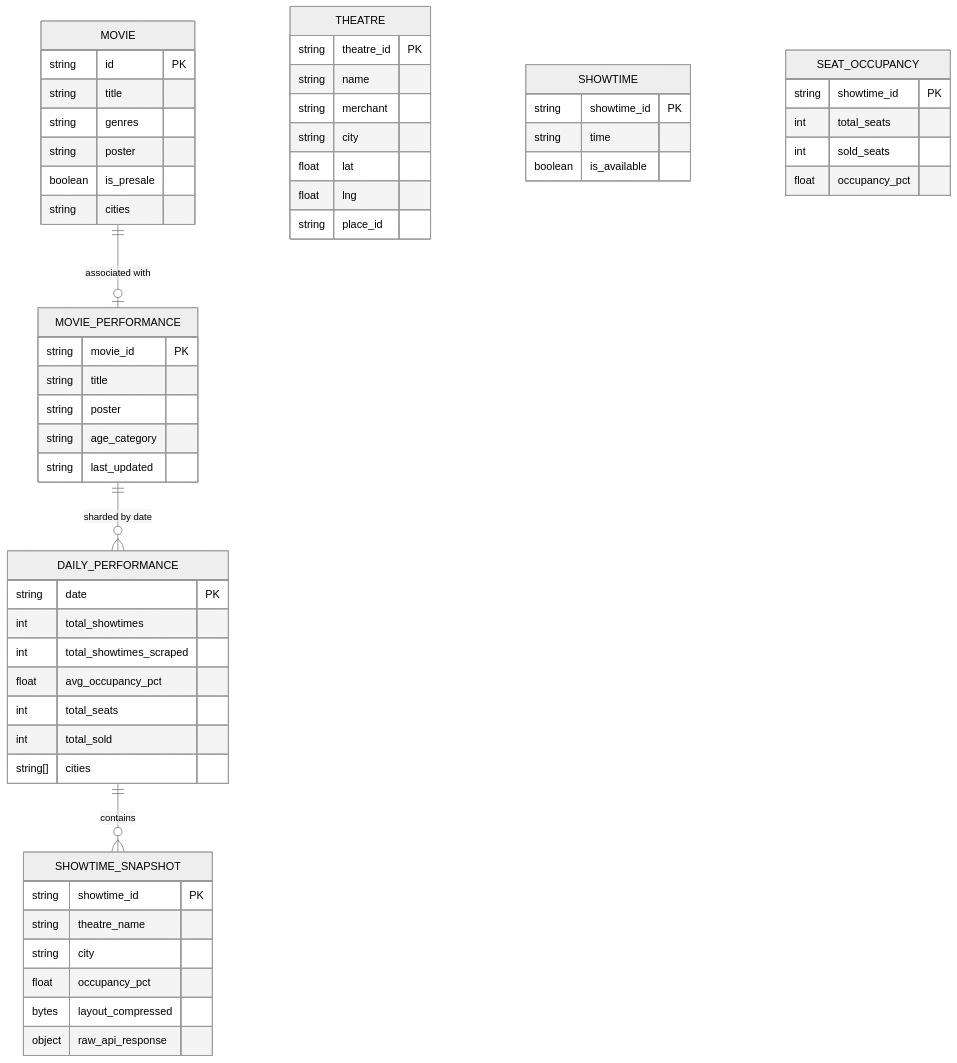
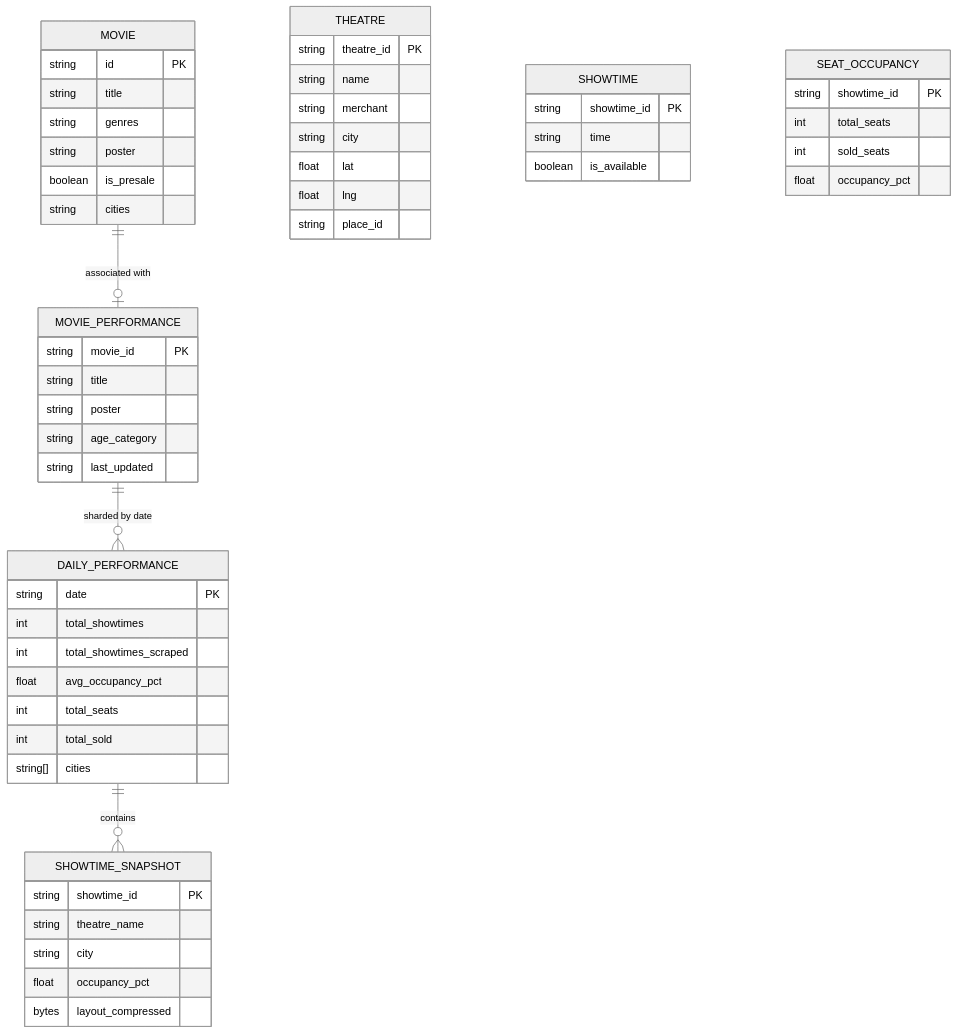
One commit to okihita/CineRadar changed the third of 4 diagrams in docs/system/01_architecture.md. Above: the diagram before and after it, drawn with Mermaid (neutral theme). The commit also changed 5 other files, not shown here.

Commit message:
feat(functions): trim uncompressed raw_api_response from showtime snapshots

````diff
--- a/docs/system/01_architecture.md
+++ b/docs/system/01_architecture.md
@@ -185,65 +185,64 @@
 ```mermaid
 erDiagram
     MOVIE ||--o| MOVIE_PERFORMANCE : "associated with"
     MOVIE_PERFORMANCE ||--o{ DAILY_PERFORMANCE : "sharded by date"
     DAILY_PERFORMANCE ||--o{ SHOWTIME_SNAPSHOT : "contains"
     
     MOVIE {
         string id PK
         string title
         string genres
         string poster
         boolean is_presale
         string cities
     }
     
     THEATRE {
         string theatre_id PK
         string name
         string merchant
         string city
         float lat
         float lng
         string place_id
     }
     
     SHOWTIME {
         string showtime_id PK
         string time
         boolean is_available
     }
     
     SEAT_OCCUPANCY {
         string showtime_id PK
         int total_seats
         int sold_seats
         float occupancy_pct
     }
     
     MOVIE_PERFORMANCE {
         string movie_id PK
         string title
         string poster
         string age_category
         string last_updated
     }
 
     DAILY_PERFORMANCE {
         string date PK
         int total_showtimes
         int total_showtimes_scraped
         float avg_occupancy_pct
         int total_seats
         int total_sold
         string[] cities
     }
     
     SHOWTIME_SNAPSHOT {
         string showtime_id PK
         string theatre_name
         string city
         float occupancy_pct
         bytes layout_compressed
-        object raw_api_response
     }
 ```
````
